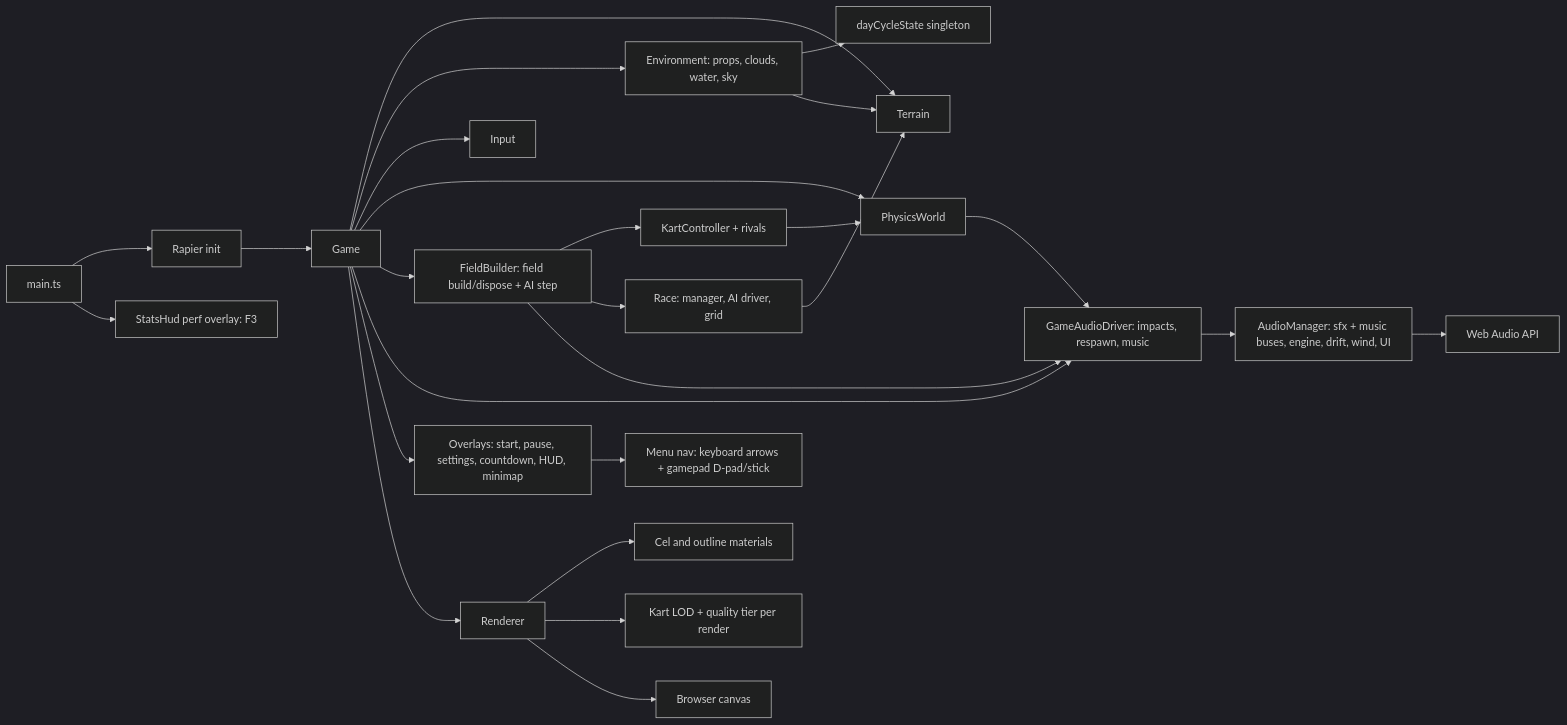
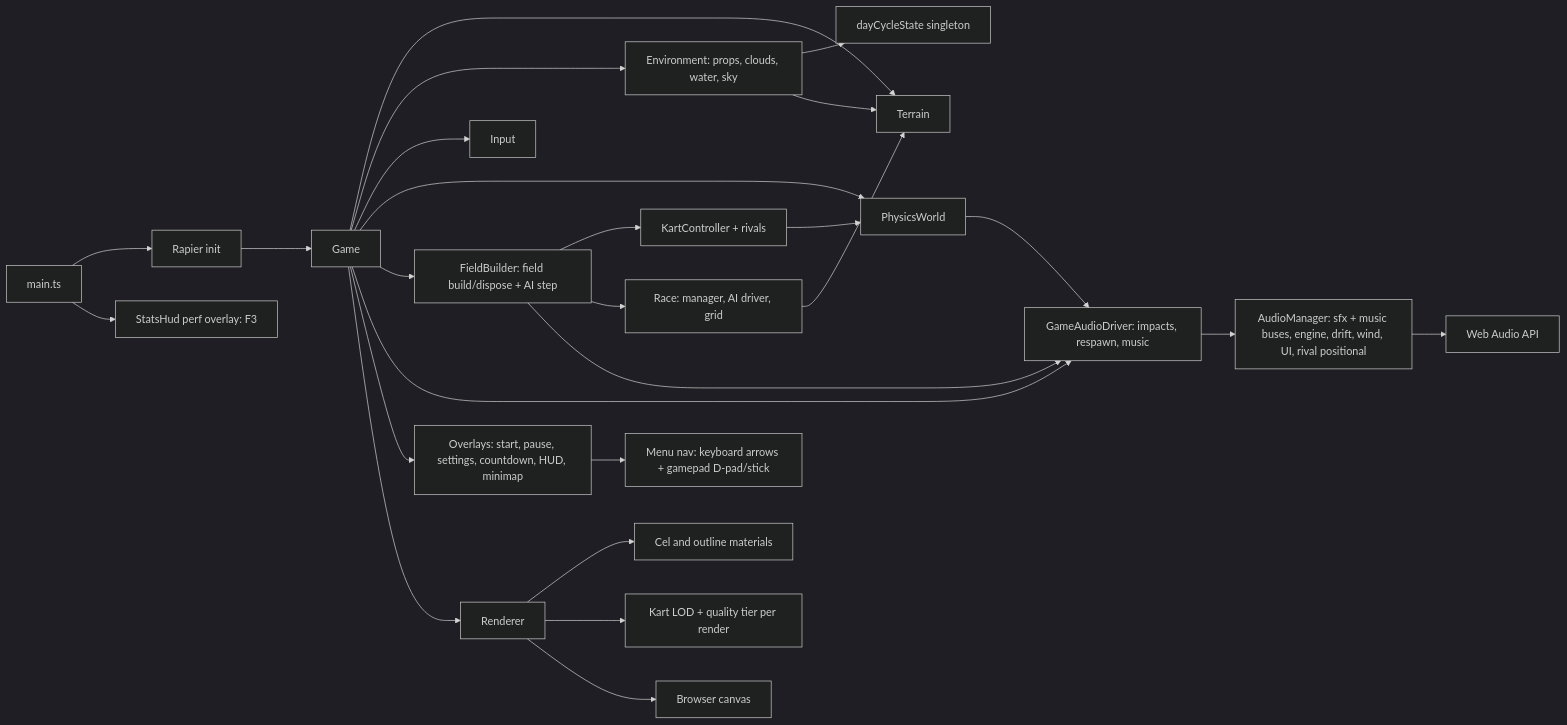
One commit to jjgroenendijk/cart-game changed the diagram in AGENTS.md. Above: the diagram before and after it, drawn with Mermaid (dark theme). The commit also changed 19 other files, not shown here.

First line of the commit message:
015 Positional audio (rival 3D + doppler) (#19)

````diff
--- a/AGENTS.md
+++ b/AGENTS.md
@@ -23,28 +23,28 @@
 ```mermaid
 flowchart LR
   main[main.ts] --> rapier[Rapier init]
   rapier --> game[Game]
   game --> terrain[Terrain]
   game --> env[Environment: props, clouds, water, sky]
   env --> dayCycle[dayCycleState singleton]
   env --> terrain
   game --> input[Input]
   game --> physics[PhysicsWorld]
   game --> field[FieldBuilder: field build/dispose + AI step]
   field --> kart[KartController + rivals]
   field --> race[Race: manager, AI driver, grid]
   kart --> physics
   race --> terrain
   game --> gameAudio[GameAudioDriver: impacts, respawn, music]
   field --> gameAudio
   physics --> gameAudio
-  gameAudio --> audio[AudioManager: sfx + music buses, engine, drift, wind, UI]
+  gameAudio --> audio[AudioManager: sfx + music buses, engine, drift, wind, UI, rival positional]
   audio --> webaudio[Web Audio API]
   game --> ui[Overlays: start, pause, settings, countdown, HUD, minimap]
   ui --> menuNav[Menu nav: keyboard arrows + gamepad D-pad/stick]
   game --> renderer[Renderer]
   renderer --> materials[Cel and outline materials]
   renderer --> lod[Kart LOD + quality tier per render]
   renderer --> canvas[Browser canvas]
   main --> statsHud[StatsHud perf overlay: F3]
 ```
````
